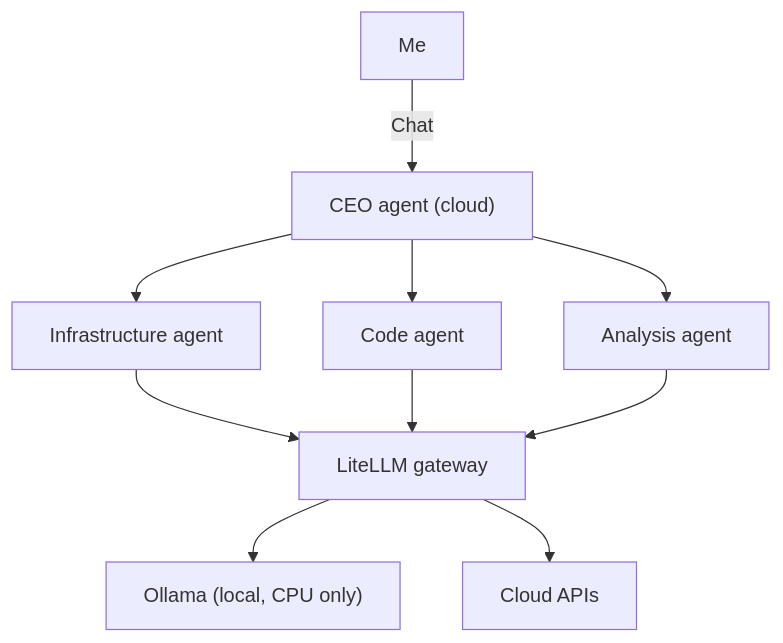
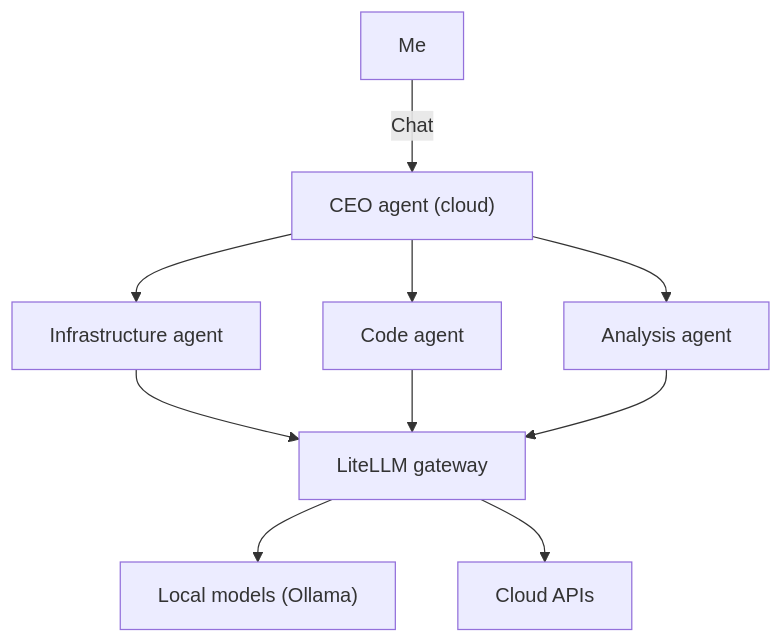
Before and after one commit to VugasDev/portfolio: the first of 3 diagrams in src/content/blog/ki-setup-drei-anlaeufe.en.md, drawn with Mermaid. The commit also changed other lines of this file and 2 other files, not shown here.

````diff
--- a/src/content/blog/ki-setup-drei-anlaeufe.en.md
+++ b/src/content/blog/ki-setup-drei-anlaeufe.en.md
@@ -34,10 +48,12 @@
 ```mermaid
 flowchart TD
   U["Me"] -->|"Chat"| CEO["CEO agent (cloud)"]
   CEO --> A1["Infrastructure agent"]
   CEO --> A2["Code agent"]
   CEO --> A3["Analysis agent"]
-  A1 & A2 & A3 --> GW["LiteLLM gateway"]
-  GW --> L["Ollama (local, CPU only)"]
+  A1 --> GW["LiteLLM gateway"]
+  A2 --> GW
+  A3 --> GW
+  GW --> L["Local models (Ollama)"]
   GW --> C["Cloud APIs"]
 ```
````
